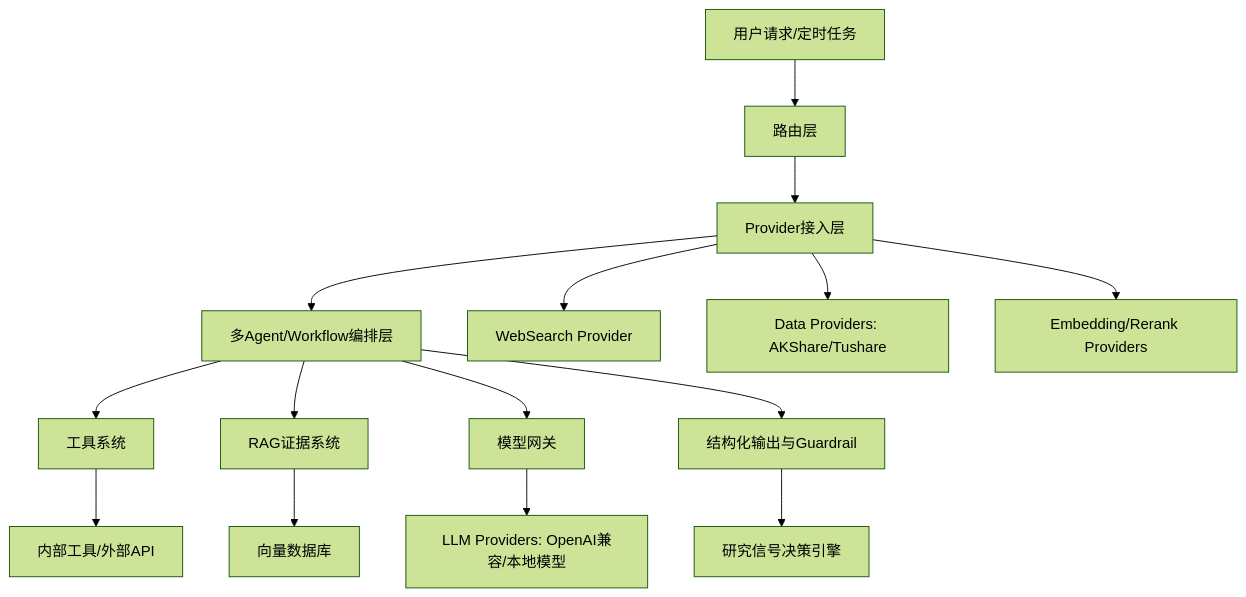
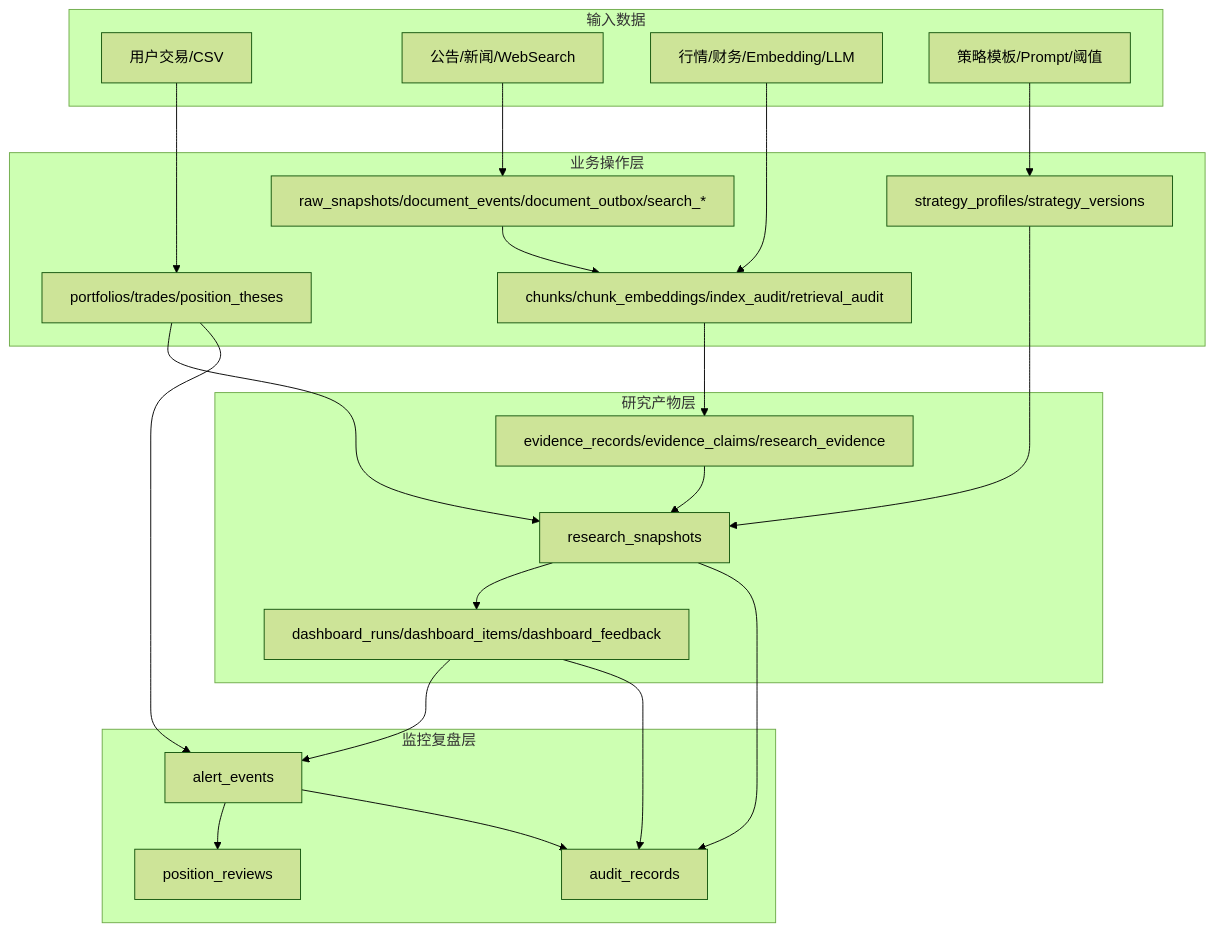
The eighth of 10 diagrams in docs/design/v0.1/architecture/Margin_架构设计_v0.1_中文.md (RickyW0529/Margin), drawn with Mermaid (forest theme) before and after one commit. The commit also changed other lines of this file and 171 other files, not shown here.

````diff
--- a/docs/design/v0.1/architecture/Margin_架构设计_v0.1_中文.md
+++ b/docs/design/v0.1/architecture/Margin_架构设计_v0.1_中文.md
@@ -432,17 +375,45 @@
 ```mermaid
 flowchart TB
-    Q[用户请求/定时任务] --> R[路由层]
-    R --> PR[Provider接入层]
-    PR --> O[多Agent/Workflow编排层]
-    O --> T[工具系统]
-    O --> G[RAG证据系统]
-    PR --> W[WebSearch Provider]
-    PR --> DP[Data Providers: AKShare/Tushare]
-    PR --> EP[Embedding/Rerank Providers]
-    T --> X[内部工具/外部API]
-    G --> V[向量数据库]
-    O --> L[模型网关]
-    L --> P[LLM Providers: OpenAI兼容/本地模型]
-    O --> S[结构化输出与Guardrail]
-    S --> D[研究信号决策引擎]
+    subgraph Input[输入数据]
+        Trades[用户交易/CSV]
+        Filings[公告/新闻/WebSearch]
+        Providers[行情/财务/Embedding/LLM]
+        StrategyInput[策略模板/Prompt/阈值]
+    end
+
+    subgraph Operational[业务操作层]
+        PortfolioTables[portfolios/trades/position_theses]
+        NewsTables[raw_snapshots/document_events/document_outbox/search_*]
+        VectorTables[chunks/chunk_embeddings/index_audit/retrieval_audit]
+        StrategyTables[strategy_profiles/strategy_versions]
+    end
+
+    subgraph ResearchData[研究产物层]
+        ResearchSnapshots[research_snapshots]
+        DashboardData[dashboard_runs/dashboard_items/dashboard_feedback]
+        EvidenceData[evidence_records/evidence_claims/research_evidence]
+    end
+
+    subgraph MonitoringData[监控复盘层]
+        Alerts[alert_events]
+        Reviews[position_reviews]
+        Audit[audit_records]
+    end
+
+    Trades --> PortfolioTables
+    Filings --> NewsTables
+    Providers --> VectorTables
+    StrategyInput --> StrategyTables
+    NewsTables --> VectorTables
+    VectorTables --> EvidenceData
+    PortfolioTables --> ResearchSnapshots
+    StrategyTables --> ResearchSnapshots
+    EvidenceData --> ResearchSnapshots
+    ResearchSnapshots --> DashboardData
+    DashboardData --> Alerts
+    PortfolioTables --> Alerts
+    Alerts --> Reviews
+    ResearchSnapshots --> Audit
+    DashboardData --> Audit
+    Alerts --> Audit
 ```
````
